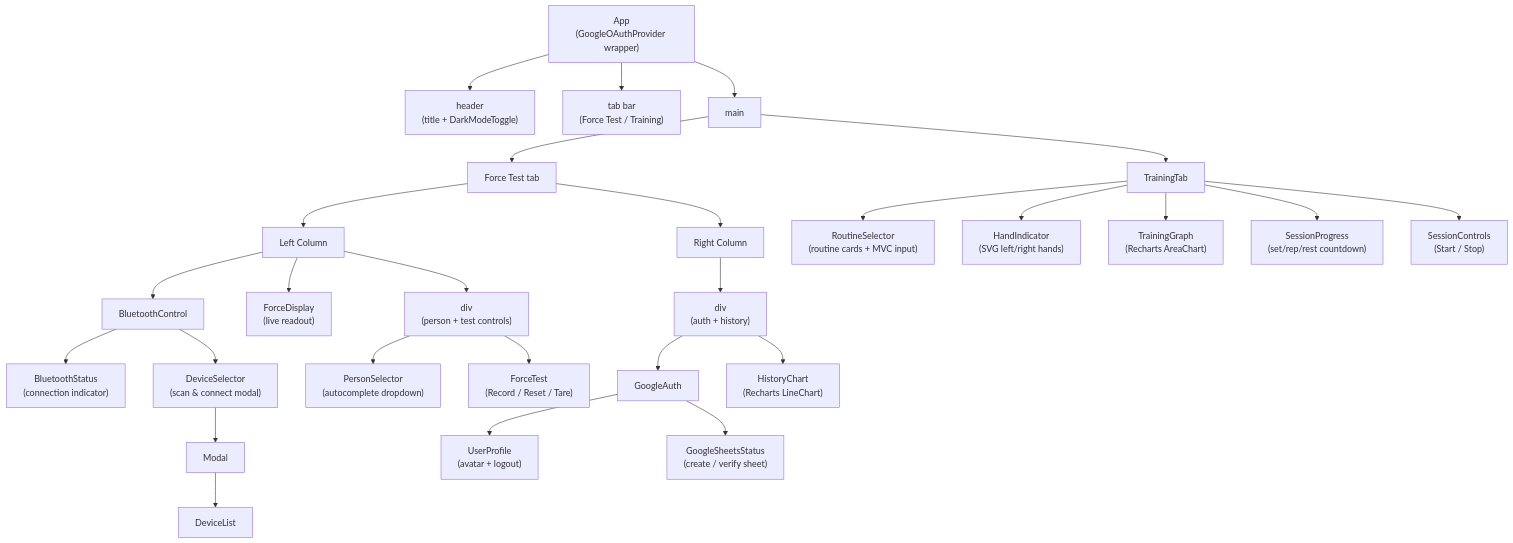
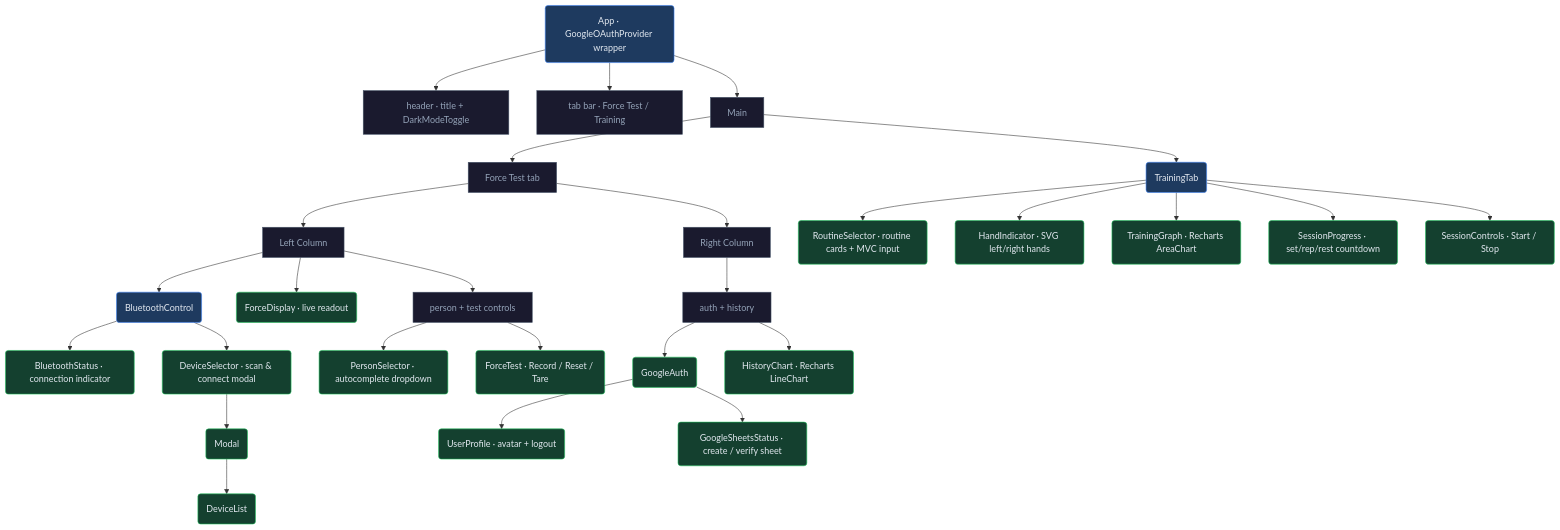
One commit to DerekLieww/Force-Recorder changed the second of 23 diagrams in ARCHITECTURE.md. Above: the diagram before and after it, drawn with Mermaid. The commit also changed other lines of this file and 9 other files, not shown here.

First line of the commit message:
feat: move BT to header, add training tab, polish UI

````diff
--- a/ARCHITECTURE.md
+++ b/ARCHITECTURE.md
@@ -137,38 +151,46 @@
 ```mermaid
 graph TD
-    App["App<br/>(GoogleOAuthProvider wrapper)"]
+    App("App · GoogleOAuthProvider wrapper")
 
-    App --> Header["header<br/>(title + DarkModeToggle)"]
-    App --> TabBar["tab bar<br/>(Force Test / Training)"]
-    App --> Main["main"]
+    App --> Header["header · title + DarkModeToggle"]
+    App --> TabBar["tab bar · Force Test / Training"]
+    App --> Main
 
     Main --> ForceTestTab["Force Test tab"]
-    Main --> TrainingTabComp["TrainingTab"]
+    Main --> TrainingTabComp("TrainingTab")
 
     ForceTestTab --> Left["Left Column"]
     ForceTestTab --> Right["Right Column"]
 
-    Left --> BTControl["BluetoothControl"]
-    Left --> ForceDisplay["ForceDisplay<br/>(live readout)"]
-    Left --> Div1["div<br/>(person + test controls)"]
+    Left --> BTControl("BluetoothControl")
+    Left --> ForceDisplay("ForceDisplay · live readout")
+    Left --> Div1["person + test controls"]
 
-    BTControl --> BTStatus["BluetoothStatus<br/>(connection indicator)"]
-    BTControl --> DeviceSelector["DeviceSelector<br/>(scan & connect modal)"]
-    DeviceSelector --> Modal["Modal"]
-    Modal --> DeviceList["DeviceList"]
+    BTControl --> BTStatus("BluetoothStatus · connection indicator")
+    BTControl --> DeviceSelector("DeviceSelector · scan & connect modal")
+    DeviceSelector --> Modal("Modal")
+    Modal --> DeviceList("DeviceList")
 
-    Div1 --> PersonSelector["PersonSelector<br/>(autocomplete dropdown)"]
-    Div1 --> ForceTest["ForceTest<br/>(Record / Reset / Tare)"]
+    Div1 --> PersonSelector("PersonSelector · autocomplete dropdown")
+    Div1 --> ForceTest("ForceTest · Record / Reset / Tare")
 
-    Right --> Div2["div<br/>(auth + history)"]
-    Div2 --> GoogleAuth["GoogleAuth"]
-    Div2 --> HistoryChart["HistoryChart<br/>(Recharts LineChart)"]
-    GoogleAuth --> UserProfile["UserProfile<br/>(avatar + logout)"]
-    GoogleAuth --> SheetsStatus["GoogleSheetsStatus<br/>(create / verify sheet)"]
+    Right --> Div2["auth + history"]
+    Div2 --> GoogleAuth("GoogleAuth")
+    Div2 --> HistoryChart("HistoryChart · Recharts LineChart")
+    GoogleAuth --> UserProfile("UserProfile · avatar + logout")
+    GoogleAuth --> SheetsStatus("GoogleSheetsStatus · create / verify sheet")
 
-    TrainingTabComp --> RoutineSelector["RoutineSelector<br/>(routine cards + MVC input)"]
-    TrainingTabComp --> HandIndicator["HandIndicator<br/>(SVG left/right hands)"]
-    TrainingTabComp --> TrainingGraph["TrainingGraph<br/>(Recharts AreaChart)"]
-    TrainingTabComp --> SessionProgress["SessionProgress<br/>(set/rep/rest countdown)"]
-    TrainingTabComp --> SessionControls["SessionControls<br/>(Start / Stop)"]
+    TrainingTabComp --> RoutineSelector("RoutineSelector · routine cards + MVC input")
+    TrainingTabComp --> HandIndicator("HandIndicator · SVG left/right hands")
+    TrainingTabComp --> TrainingGraph("TrainingGraph · Recharts AreaChart")
+    TrainingTabComp --> SessionProgress("SessionProgress · set/rep/rest countdown")
+    TrainingTabComp --> SessionControls("SessionControls · Start / Stop")
+
+    classDef container fill:#1e3a5f,stroke:#3b82f6,color:#e2e8f0
+    classDef feature fill:#14402f,stroke:#22c55e,color:#e2e8f0
+    classDef layout fill:#1a1a2e,stroke:#475569,color:#94a3b8
+
+    class App,BTControl,TrainingTabComp container
+    class ForceDisplay,BTStatus,DeviceSelector,Modal,DeviceList,PersonSelector,ForceTest,HistoryChart,GoogleAuth,UserProfile,SheetsStatus,RoutineSelector,HandIndicator,TrainingGraph,SessionProgress,SessionControls feature
+    class Header,TabBar,Main,Left,Right,Div1,Div2,ForceTestTab layout
 ```
````
